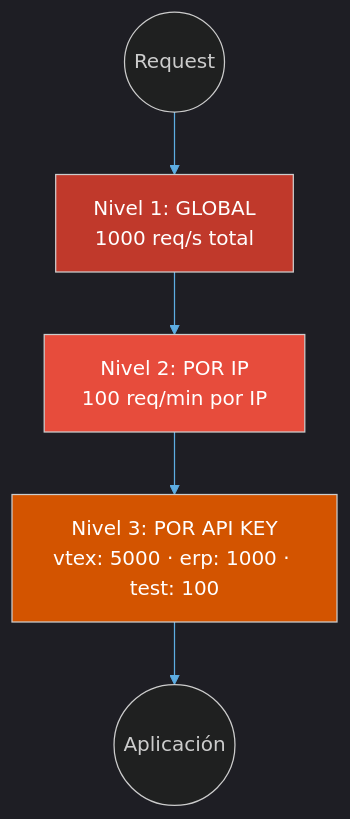
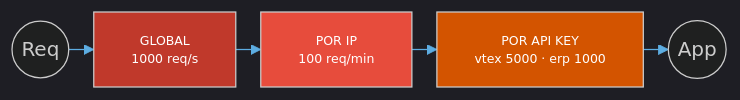
One commit to developer-implementos/integration-presentations changed the tenth of 14 diagrams in presentations/architecture/enterprise-architecture-overview.md. Above: the diagram before and after it, drawn with Mermaid. The commit also changed other lines of this file, not shown here.

````diff
--- a/presentations/architecture/enterprise-architecture-overview.md
+++ b/presentations/architecture/enterprise-architecture-overview.md
@@ -1508,12 +1508,12 @@
 ```mermaid
-%%{init: {'theme': 'dark', 'themeVariables': {'lineColor': '#5dade2'}}}%%
-graph TD
-    R((Request)) --> G["Nivel 1: GLOBAL<br/>1000 req/s total"]
-    G --> IP["Nivel 2: POR IP<br/>100 req/min por IP"]
-    IP --> AK["Nivel 3: POR API KEY<br/>vtex: 5000 · erp: 1000 · test: 100"]
-    AK --> APP((Aplicación))
+%%{init: {'theme': 'dark', 'themeVariables': {'lineColor': '#5dade2'}, 'flowchart': {'nodeSpacing': 5, 'rankSpacing': 20}}}%%
+flowchart LR
+    R((Req)) --> G["GLOBAL<br/>1000 req/s"]
+    G --> IP["POR IP<br/>100 req/min"]
+    IP --> AK["POR API KEY<br/>vtex 5000 · erp 1000"]
+    AK --> APP((App))
 
-    style G fill:#c0392b,color:#fff
-    style IP fill:#e74c3c,color:#fff
-    style AK fill:#d35400,color:#fff
+    style G fill:#c0392b,color:#fff,font-size:10px
+    style IP fill:#e74c3c,color:#fff,font-size:10px
+    style AK fill:#d35400,color:#fff,font-size:10px
 ```
````
